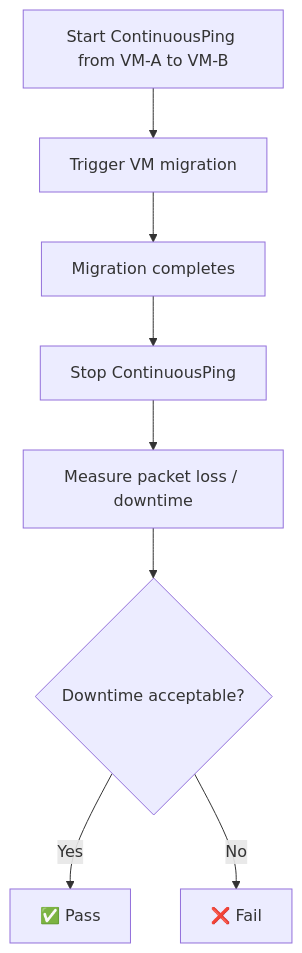
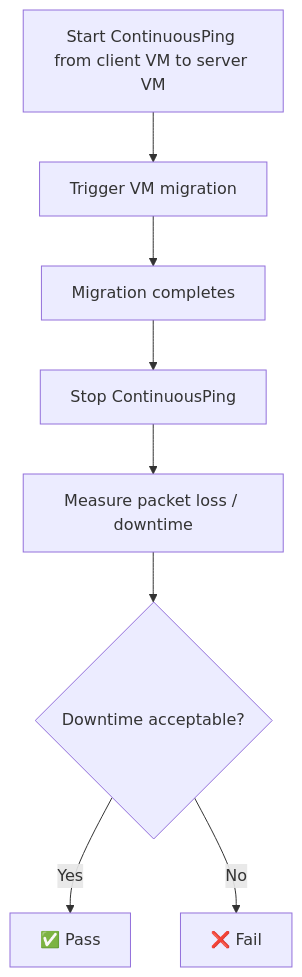
Before and after one commit to rnetser/openshift-virtualization-tests: the third of 3 diagrams in docs/flows/CONNECTIVITY_TESTING.md, drawn with Mermaid. The commit also changed other lines of this file and 6 other files, not shown here.

First line of the commit message:
docs: address review findings in flow diagrams

````diff
--- a/docs/flows/CONNECTIVITY_TESTING.md
+++ b/docs/flows/CONNECTIVITY_TESTING.md
@@ -37,10 +39,10 @@
 ```mermaid
 flowchart TD
-    A[Start ContinuousPing from VM-A to VM-B] --> B[Trigger VM migration]
+    A[Start ContinuousPing from client VM to server VM] --> B[Trigger VM migration]
     B --> C[Migration completes]
     C --> D[Stop ContinuousPing]
     D --> E[Measure packet loss / downtime]
     E --> F{Downtime acceptable?}
     F -->|Yes| G[✅ Pass]
     F -->|No| H[❌ Fail]
 ```
````
